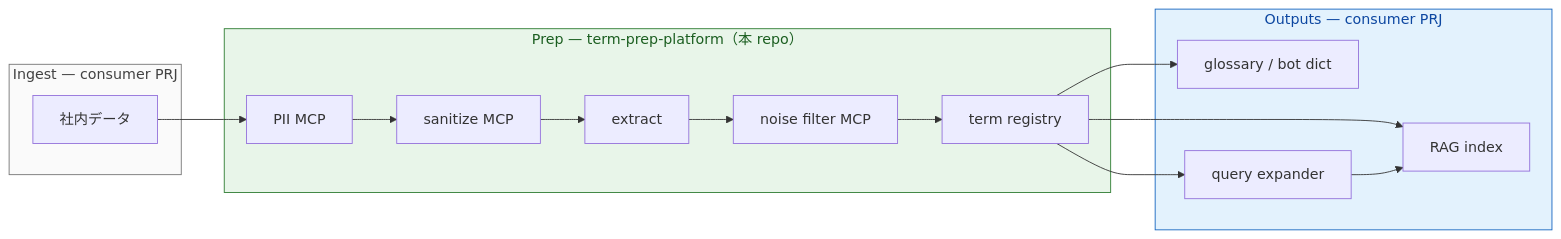
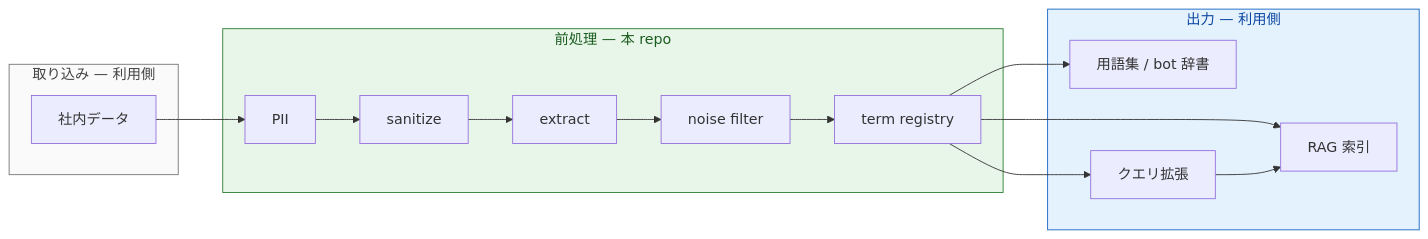
The diagram in README.md (wombat2006/term-prep-platform), drawn with Mermaid before and after one commit. The commit also changed other lines of this file, not shown here.

````diff
--- a/README.md
+++ b/README.md
@@ -67,27 +46,27 @@
 ```mermaid
 flowchart LR
-  subgraph ingest ["Ingest — consumer PRJ"]
+  subgraph ingest ["取り込み — 利用側"]
     D[社内データ]
   end
-  subgraph prep ["Prep — term-prep-platform（本 repo）"]
-    PII[PII MCP]
-    SAN[sanitize MCP]
+  subgraph prep ["前処理 — 本 repo"]
+    PII[PII]
+    SAN[sanitize]
     EXT[extract]
-    NF[noise filter MCP]
+    NF[noise filter]
     REG[term registry]
   end
-  subgraph out ["Outputs — consumer PRJ"]
-    RAG[RAG index]
-    GLO[glossary / bot dict]
-    QX[query expander]
+  subgraph out ["出力 — 利用側"]
+    RAG[RAG 索引]
+    GLO[用語集 / bot 辞書]
+    QX[クエリ拡張]
   end
   D --> PII --> SAN --> EXT --> NF --> REG
   REG --> RAG
   REG --> GLO
   REG --> QX
   QX --> RAG
 
   style prep fill:#e8f5e9,stroke:#2e7d32,color:#1b5e20
   style out fill:#e3f2fd,stroke:#1565c0,color:#0d47a1
   style ingest fill:#fafafa,stroke:#757575,color:#424242
 ```
````
